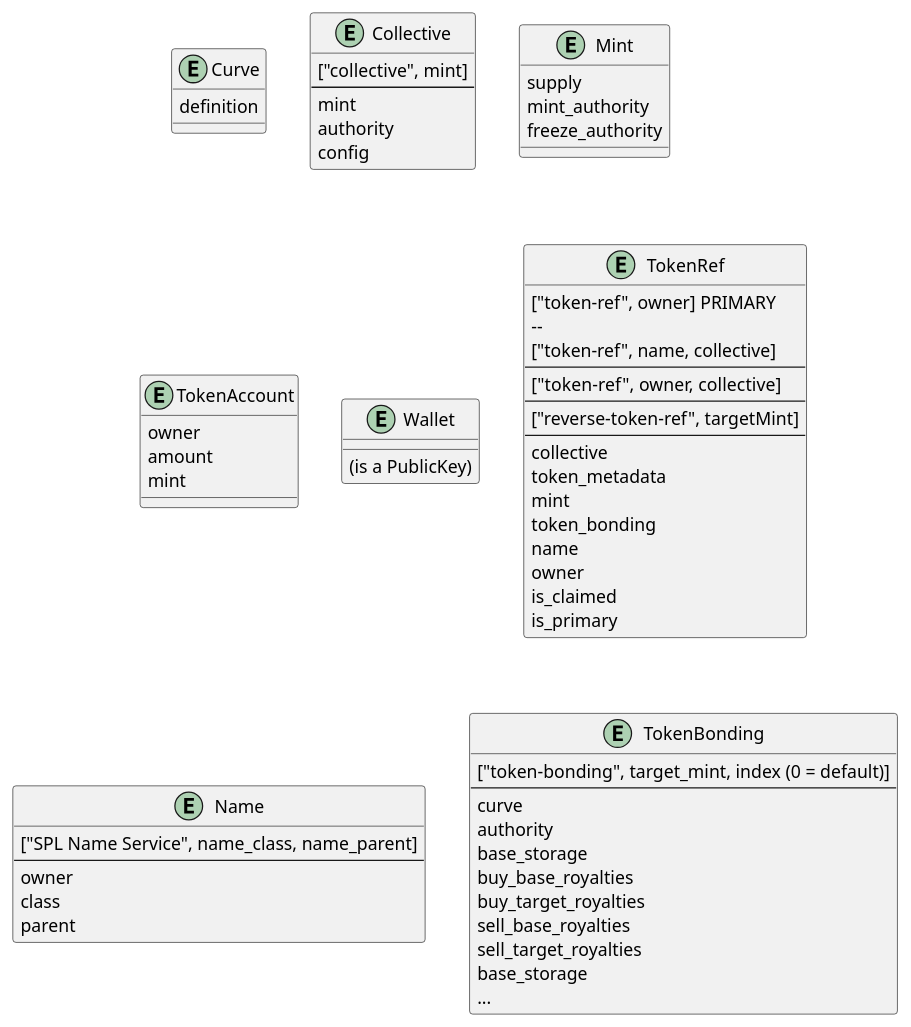
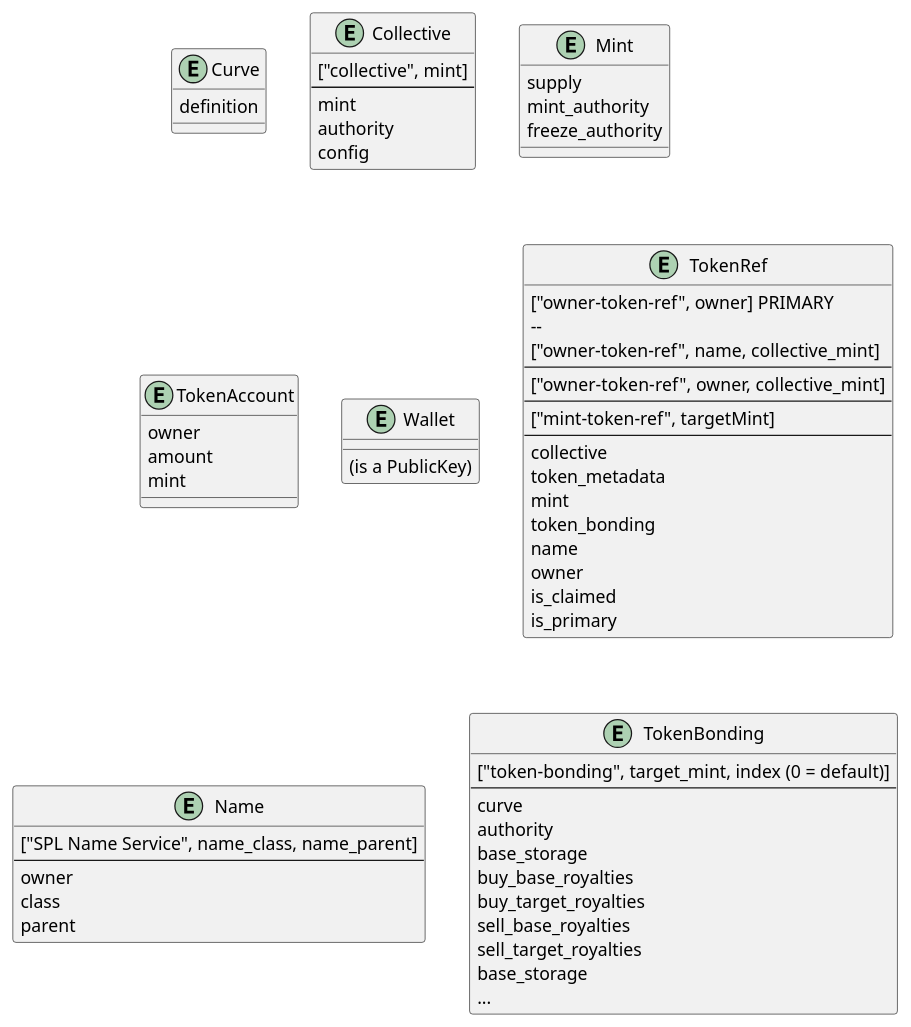
The diagram in packages/docs/docs/learn/fetching_data.md (StrataFoundation/strata), drawn with PlantUML before and after one commit. The commit also changed other lines of this file and 36 other files, not shown here.

```diff
--- a/packages/docs/docs/learn/fetching_data.md
+++ b/packages/docs/docs/learn/fetching_data.md
@@ -37,13 +37,13 @@
 }
 
 entity TokenRef {
-  ["token-ref", owner] PRIMARY
+  ["owner-token-ref", owner] PRIMARY
   -- 
-  ["token-ref", name, collective]
+  ["owner-token-ref", name, collective_mint]
   --
-  ["token-ref", owner, collective]
+  ["owner-token-ref", owner, collective_mint]
   --
-  ["reverse-token-ref", targetMint]
+  ["mint-token-ref", targetMint]
   --
   collective
   token_metadata
```
